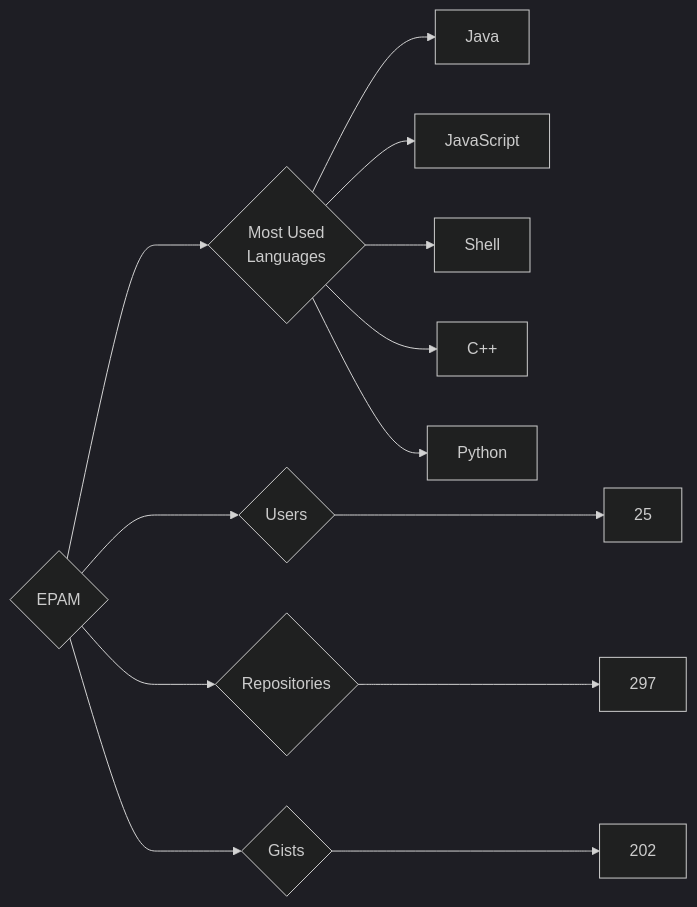
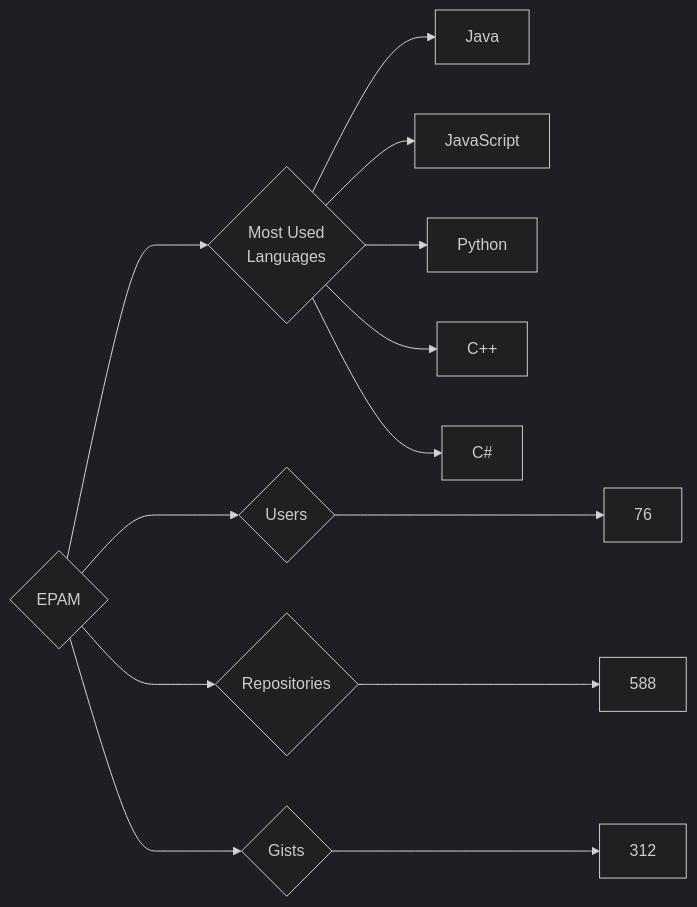
Before and after one commit to trickest/insiders: the diagram in targets/EPAM/README.md, drawn with Mermaid (dark theme). The commit also changed 594 other files, not shown here.

````diff
--- a/targets/EPAM/README.md
+++ b/targets/EPAM/README.md
@@ -3,13 +3,13 @@
 ```mermaid
 graph LR
 COMPANY_NAME{EPAM}
-COMPANY_NAME ---> U{Users} ---> UN[25]
-COMPANY_NAME ---> R{Repositories} ---> RN[297]
-COMPANY_NAME ---> G{Gists} ---> GN[202]
+COMPANY_NAME ---> U{Users} ---> UN[76]
+COMPANY_NAME ---> R{Repositories} ---> RN[588]
+COMPANY_NAME ---> G{Gists} ---> GN[312]
 COMPANY_NAME ---> ML{Most Used<br>Languages}
 ML --> Java[Java]
 ML --> JavaScript[JavaScript]
-ML --> Shell[Shell]
+ML --> Python[Python]
 ML --> C++[C++]
-ML --> Python[Python]
+ML --> C#[C#]
 ```
````
